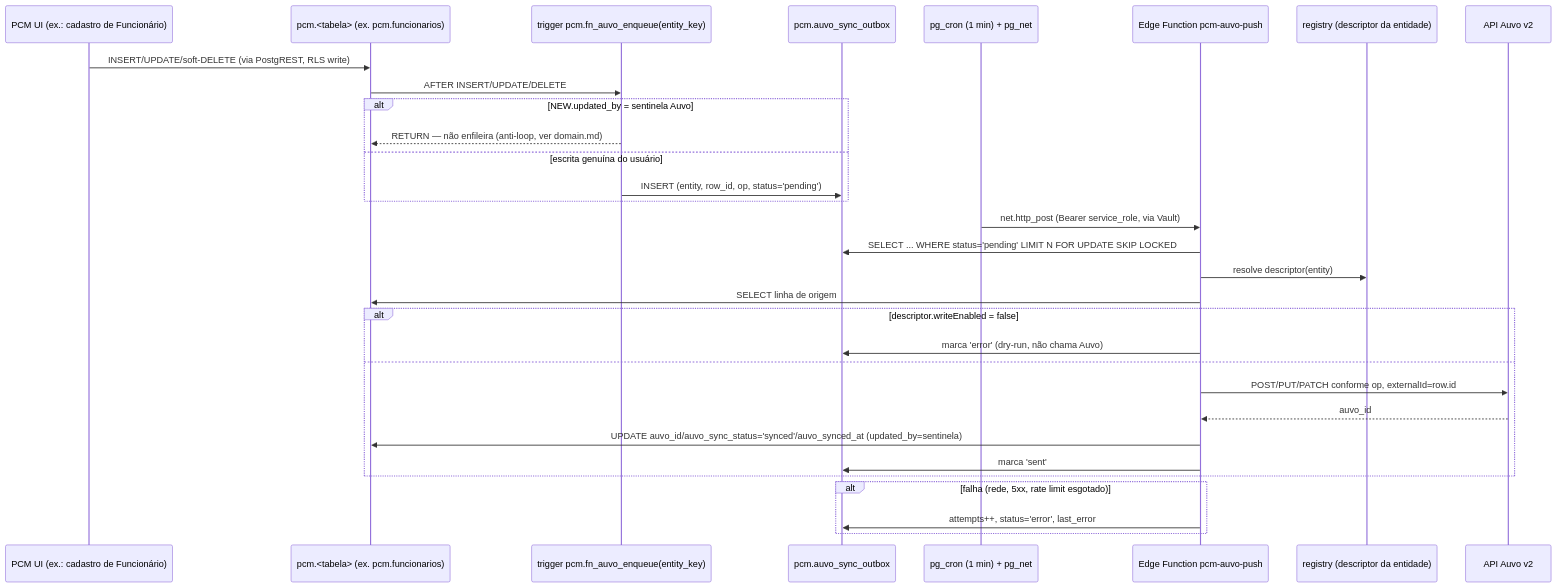
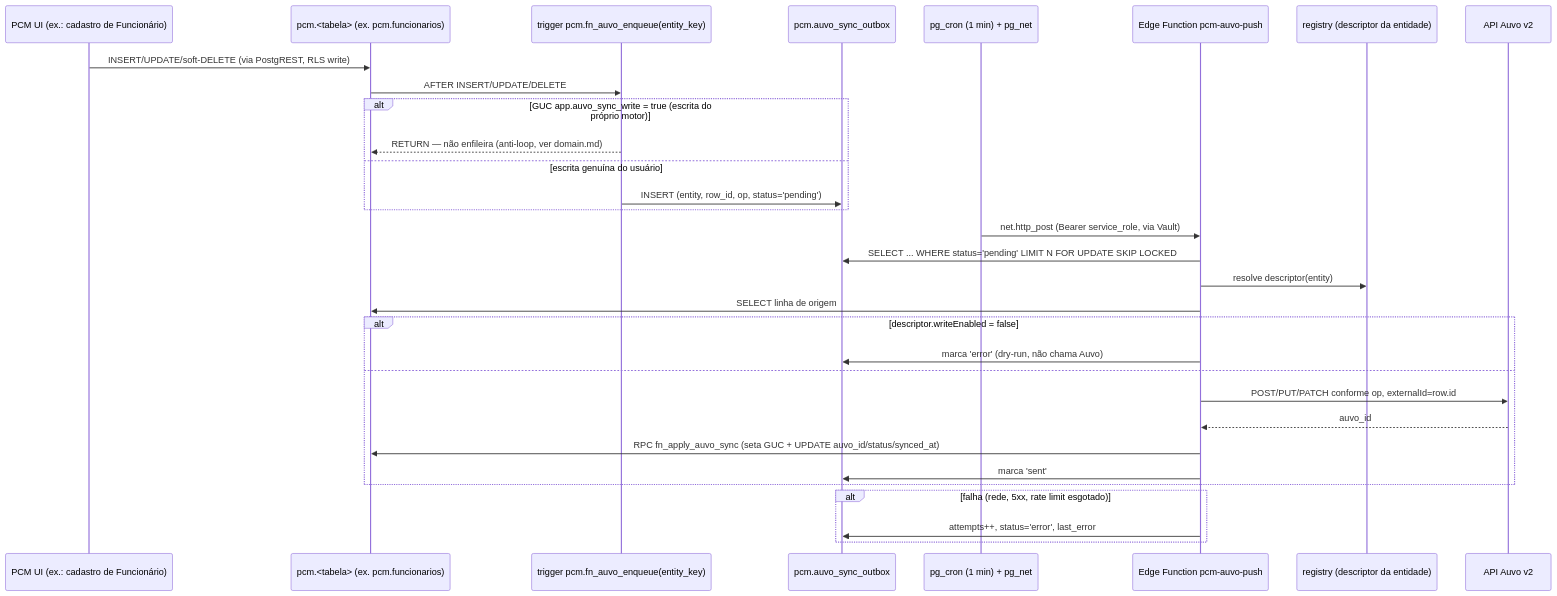
Before and after one commit to Sinergica-Manutencoes-Patrimoniais/Sinergica-SO: the diagram in specs/E01-S22-motor-sync-auvo-write/design.md, drawn with Mermaid. The commit also changed other lines of this file and 14 other files, not shown here.

First line of the commit message:
feat(E01-S22): motor de sync Auvo (write path) — outbox + drain genérico

````diff
--- a/specs/E01-S22-motor-sync-auvo-write/design.md
+++ b/specs/E01-S22-motor-sync-auvo-write/design.md
@@ -49,34 +57,34 @@
 ```mermaid
 sequenceDiagram
     participant UI as PCM UI (ex.: cadastro de Funcionário)
     participant TBL as pcm.<tabela> (ex. pcm.funcionarios)
     participant TRG as trigger pcm.fn_auvo_enqueue(entity_key)
     participant OUT as pcm.auvo_sync_outbox
     participant CRON as pg_cron (1 min) + pg_net
     participant PUSH as Edge Function pcm-auvo-push
     participant REG as registry (descriptor da entidade)
     participant AUVO as API Auvo v2
 
     UI->>TBL: INSERT/UPDATE/soft-DELETE (via PostgREST, RLS write)
     TBL->>TRG: AFTER INSERT/UPDATE/DELETE
-    alt NEW.updated_by = sentinela Auvo
+    alt GUC app.auvo_sync_write = true (escrita do próprio motor)
         TRG-->>TBL: RETURN — não enfileira (anti-loop, ver domain.md)
     else escrita genuína do usuário
         TRG->>OUT: INSERT (entity, row_id, op, status='pending')
     end
     CRON->>PUSH: net.http_post (Bearer service_role, via Vault)
     PUSH->>OUT: SELECT ... WHERE status='pending' LIMIT N FOR UPDATE SKIP LOCKED
     PUSH->>REG: resolve descriptor(entity)
     PUSH->>TBL: SELECT linha de origem
     alt descriptor.writeEnabled = false
         PUSH->>OUT: marca 'error' (dry-run, não chama Auvo)
     else
         PUSH->>AUVO: POST/PUT/PATCH conforme op, externalId=row.id
         AUVO-->>PUSH: auvo_id
-        PUSH->>TBL: UPDATE auvo_id/auvo_sync_status='synced'/auvo_synced_at (updated_by=sentinela)
+        PUSH->>TBL: RPC fn_apply_auvo_sync (seta GUC + UPDATE auvo_id/status/synced_at)
         PUSH->>OUT: marca 'sent'
     end
     alt falha (rede, 5xx, rate limit esgotado)
         PUSH->>OUT: attempts++, status='error', last_error
     end
 ```
````
